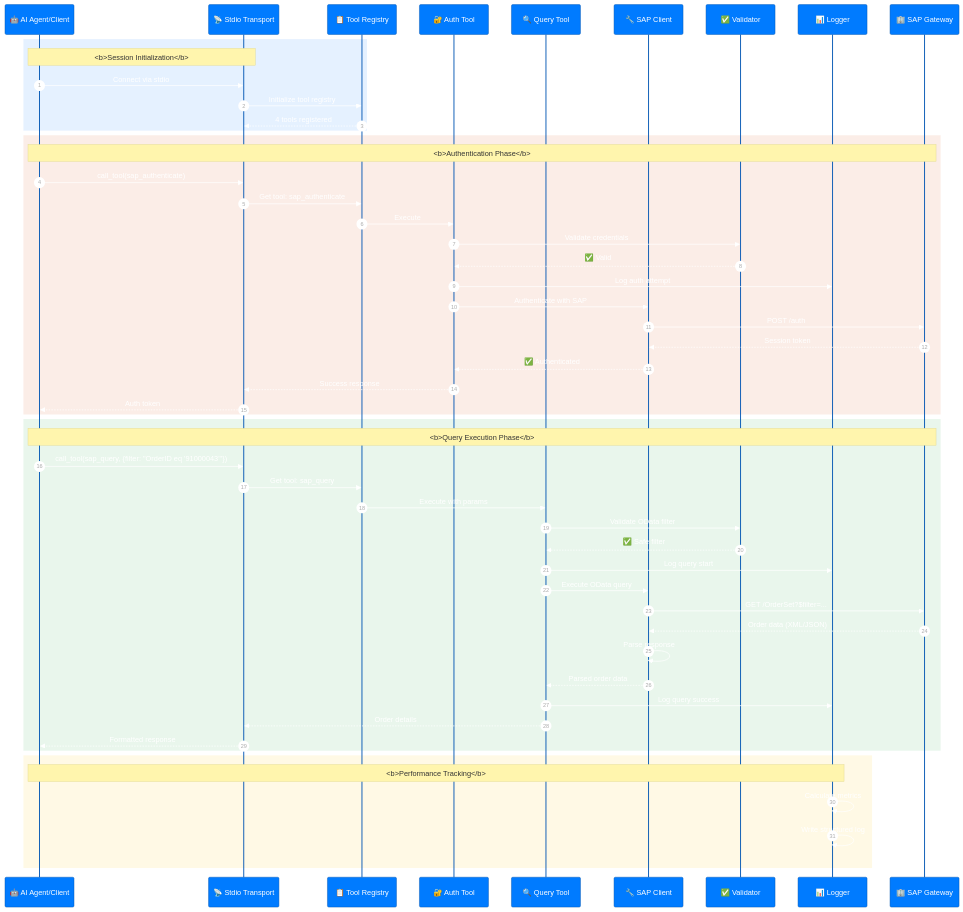
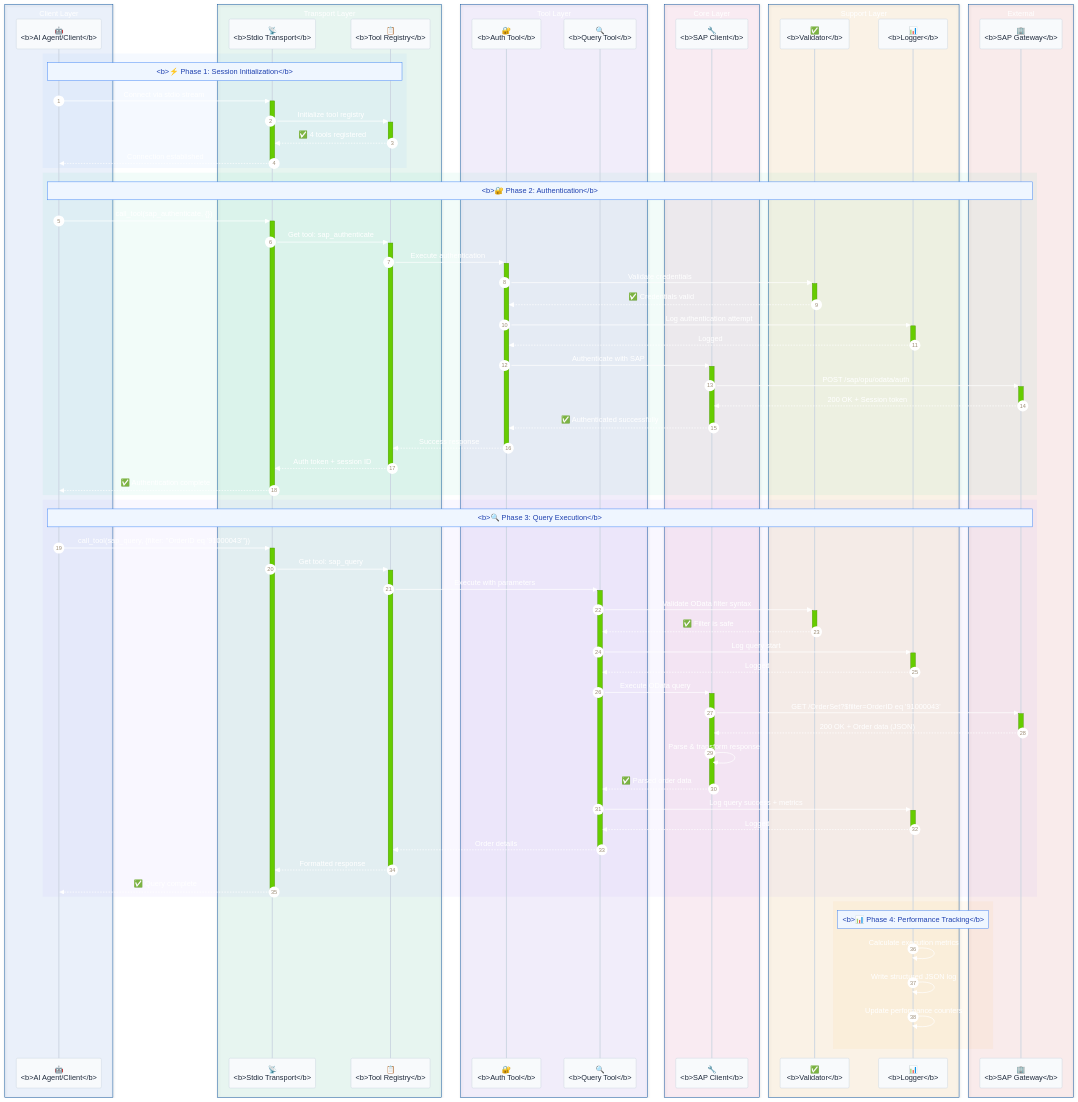
One commit to midasol/sap-mcp-server changed the third of 5 diagrams in README.md. Above: the diagram before and after it, drawn with Mermaid. The commit also changed other lines of this file, not shown here.

````diff
--- a/README.md
+++ b/README.md
@@ -156,61 +174,80 @@
 ```mermaid
-%%{init: {'theme':'base', 'themeVariables': { 'primaryColor':'#007BFF','primaryTextColor':'#FFFFFF','primaryBorderColor':'#0056B3','lineColor':'#555555'}}}%%
+%%{init: {'theme':'base', 'themeVariables': { 'primaryColor':'#0066CC','primaryTextColor':'#FFFFFF','primaryBorderColor':'#004C99','lineColor':'#64748B','fontSize':'14px','fontFamily':'system-ui, -apple-system, sans-serif','actorBkg':'#F8FAFC','actorBorder':'#CBD5E1','actorTextColor':'#1E293B','noteBkgColor':'#EFF6FF','noteBorderColor':'#3B82F6','noteTextColor':'#1E40AF'}}}%%
 sequenceDiagram
     autonumber
-    participant Client as 🤖 AI Agent/Client
-    participant Transport as 📡 Stdio Transport
-    participant Registry as 📋 Tool Registry
-    participant AuthTool as 🔐 Auth Tool
-    participant QueryTool as 🔍 Query Tool
-    participant SAPClient as 🔧 SAP Client
-    participant Validator as ✅ Validator
-    participant Logger as 📊 Logger
-    participant SAP as 🏢 SAP Gateway
-
-    rect rgba(0, 123, 255, 0.1)
-        Note over Client,Transport: <b>Session Initialization</b>
-        Client->>Transport: Connect via stdio
-        Transport->>Registry: Initialize tool registry
-        Registry-->>Transport: 4 tools registered
+    box rgba(59, 130, 246, 0.08) Client Layer
+        participant Client as 🤖<br/><b>AI Agent/Client</b>
+    end
+    box rgba(16, 185, 129, 0.08) Transport Layer
+        participant Transport as 📡<br/><b>Stdio Transport</b>
+        participant Registry as 📋<br/><b>Tool Registry</b>
+    end
+    box rgba(139, 92, 246, 0.08) Tool Layer
+        participant AuthTool as 🔐<br/><b>Auth Tool</b>
+        participant QueryTool as 🔍<br/><b>Query Tool</b>
+    end
+    box rgba(236, 72, 153, 0.08) Core Layer
+        participant SAPClient as 🔧<br/><b>SAP Client</b>
+    end
+    box rgba(245, 158, 11, 0.08) Support Layer
+        participant Validator as ✅<br/><b>Validator</b>
+        participant Logger as 📊<br/><b>Logger</b>
+    end
+    box rgba(239, 68, 68, 0.08) External
+        participant SAP as 🏢<br/><b>SAP Gateway</b>
     end
 
-    rect rgba(217, 83, 25, 0.1)
-        Note over Client,SAP: <b>Authentication Phase</b>
-        Client->>Transport: call_tool(sap_authenticate)
-        Transport->>Registry: Get tool: sap_authenticate
-        Registry->>AuthTool: Execute
-        AuthTool->>Validator: Validate credentials
-        Validator-->>AuthTool: ✅ Valid
-        AuthTool->>Logger: Log auth attempt
-        AuthTool->>SAPClient: Authenticate with SAP
-        SAPClient->>SAP: POST /auth
-        SAP-->>SAPClient: Session token
-        SAPClient-->>AuthTool: ✅ Authenticated
-        AuthTool-->>Transport: Success response
-        Transport-->>Client: Auth token
+    rect rgba(59, 130, 246, 0.05)
+        Note over Client,Registry: <b>⚡ Phase 1: Session Initialization</b>
+        Client->>+Transport: Connect via stdio stream
+        Transport->>+Registry: Initialize tool registry
+        Registry-->>-Transport: ✅ 4 tools registered
+        Transport-->>-Client: Connection established
     end
 
-    rect rgba(40, 167, 69, 0.1)
-        Note over Client,SAP: <b>Query Execution Phase</b>
-        Client->>Transport: call_tool(sap_query, {filter: "OrderID eq '91000043'"})
-        Transport->>Registry: Get tool: sap_query
-        Registry->>QueryTool: Execute with params
-        QueryTool->>Validator: Validate OData filter
-        Validator-->>QueryTool: ✅ Safe filter
-        QueryTool->>Logger: Log query start
-        QueryTool->>SAPClient: Execute OData query
-        SAPClient->>SAP: GET /OrderSet?$filter=...
-        SAP-->>SAPClient: Order data (XML/JSON)
-        SAPClient->>SAPClient: Parse response
-        SAPClient-->>QueryTool: Parsed order data
-        QueryTool->>Logger: Log query success
-        QueryTool-->>Transport: Order details
-        Transport-->>Client: Formatted response
+    rect rgba(16, 185, 129, 0.05)
+        Note over Client,SAP: <b>🔐 Phase 2: Authentication</b>
+        Client->>+Transport: call_tool(sap_authenticate, {})
+        Transport->>+Registry: Get tool: sap_authenticate
+        Registry->>+AuthTool: Execute authentication
+        AuthTool->>+Validator: Validate credentials
+        Validator-->>-AuthTool: ✅ Credentials valid
+        AuthTool->>+Logger: Log authentication attempt
+        Logger-->>-AuthTool: Logged
+        AuthTool->>+SAPClient: Authenticate with SAP
+        SAPClient->>+SAP: POST /sap/opu/odata/auth
+        SAP-->>-SAPClient: 200 OK + Session token
+        SAPClient-->>-AuthTool: ✅ Authenticated successfully
+        AuthTool-->>-Registry: Success response
+        Registry-->>-Transport: Auth token + session ID
+        Transport-->>-Client: ✅ Authentication complete
     end
 
-    rect rgba(255, 193, 7, 0.1)
-        Note over Client,Logger: <b>Performance Tracking</b>
-        Logger->>Logger: Calculate metrics
-        Logger->>Logger: Write structured log
+    rect rgba(139, 92, 246, 0.05)
+        Note over Client,SAP: <b>🔍 Phase 3: Query Execution</b>
+        Client->>+Transport: call_tool(sap_query, {filter: "OrderID eq '91000043'"})
+        Transport->>+Registry: Get tool: sap_query
+        Registry->>+QueryTool: Execute with parameters
+        QueryTool->>+Validator: Validate OData filter syntax
+        Validator-->>-QueryTool: ✅ Filter is safe
+        QueryTool->>+Logger: Log query start
+        Logger-->>-QueryTool: Logged
+        QueryTool->>+SAPClient: Execute OData query
+        SAPClient->>+SAP: GET /OrderSet?$filter=OrderID eq '91000043'
+        SAP-->>-SAPClient: 200 OK + Order data (JSON)
+        SAPClient->>SAPClient: Parse & transform response
+        SAPClient-->>-QueryTool: ✅ Parsed order data
+        QueryTool->>+Logger: Log query success + metrics
+        Logger-->>-QueryTool: Logged
+        QueryTool-->>-Registry: Order details
+        Registry-->>-Transport: Formatted response
+        Transport-->>-Client: ✅ Query complete
+    end
+
+    rect rgba(245, 158, 11, 0.05)
+        Note over Logger: <b>📊 Phase 4: Performance Tracking</b>
+        Logger->>Logger: Calculate execution metrics
+        Logger->>Logger: Write structured JSON log
+        Logger->>Logger: Update performance counters
     end
 ```
````
